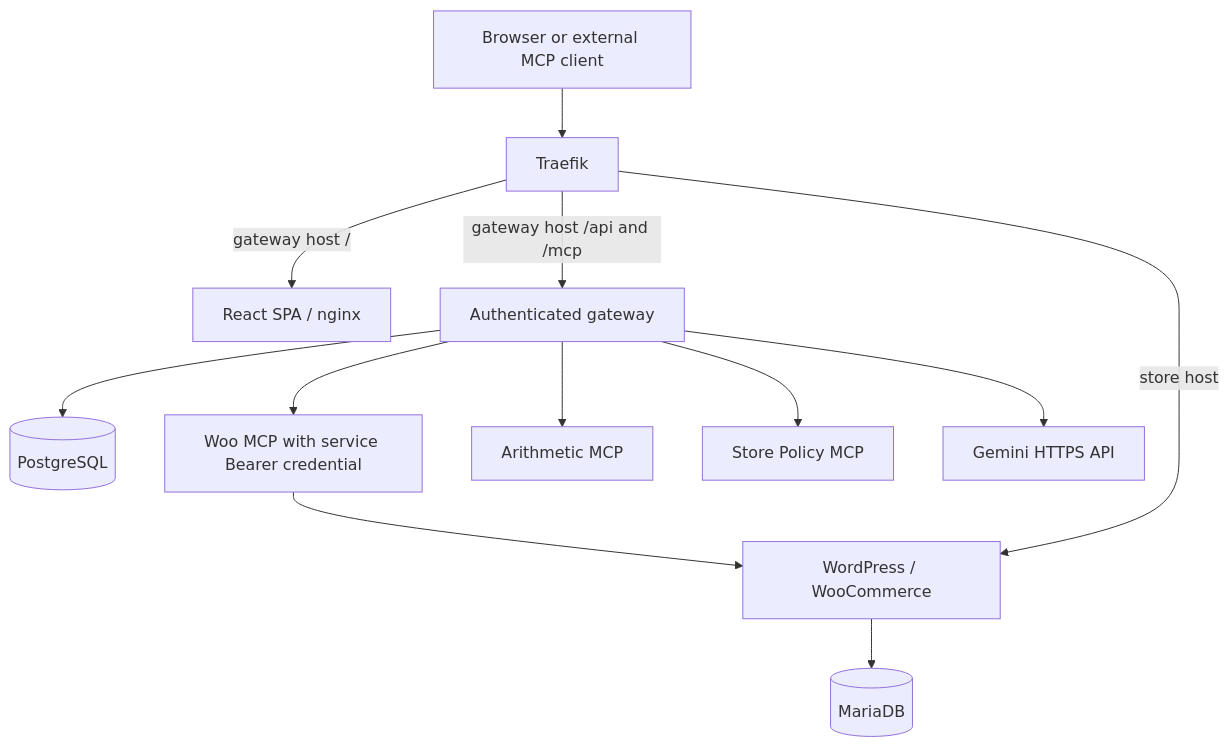
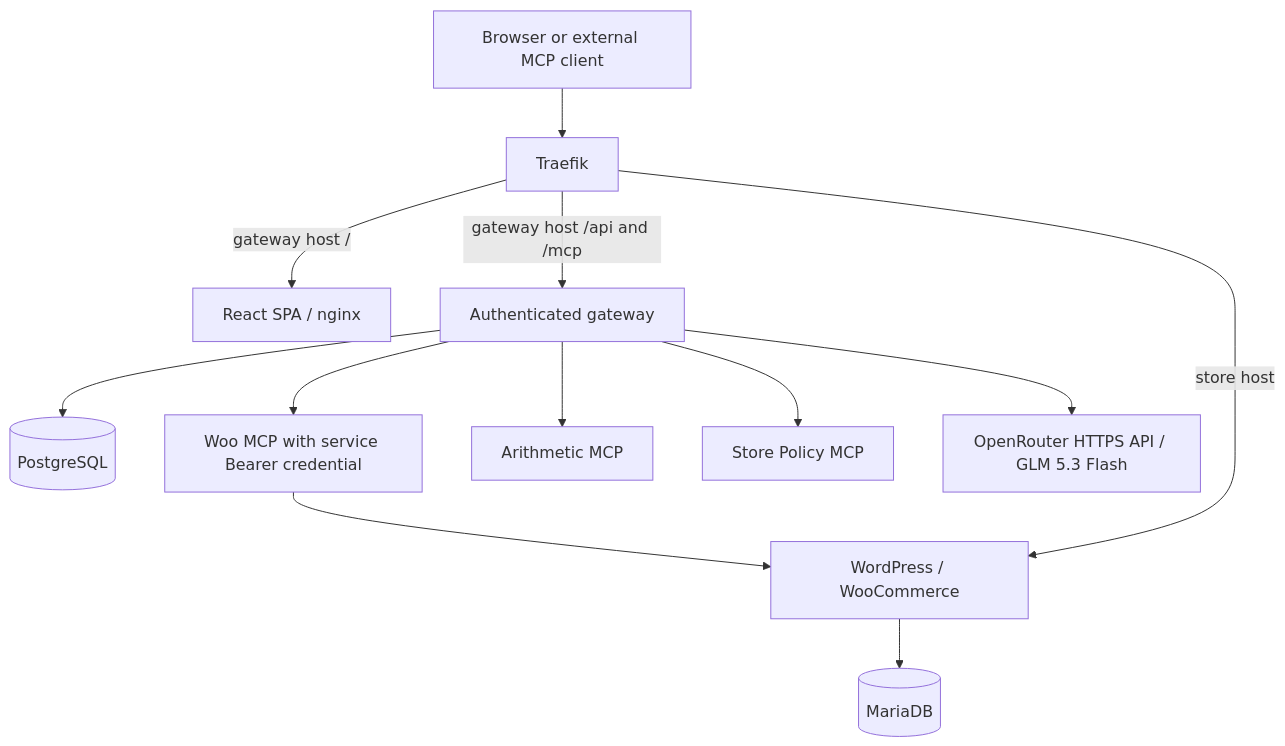
One commit to DarshanKumarA/urumi-mcp-gateway changed the diagram in README.md. Above: the diagram before and after it, drawn with Mermaid. The commit also changed other lines of this file and 1 other file, not shown here.

Commit message:
docs: document OpenRouter setup and local replication

````diff
--- a/README.md
+++ b/README.md
@@ -42,14 +42,14 @@
 ```mermaid
 flowchart TD
     Client[Browser or external MCP client] --> Ingress[Traefik]
     Ingress -->|gateway host /| Dashboard[React SPA / nginx]
     Ingress -->|gateway host /api and /mcp| Gateway[Authenticated gateway]
     Ingress -->|store host| WordPress[WordPress / WooCommerce]
     Gateway --> PostgreSQL[(PostgreSQL)]
     Gateway --> Woo[Woo MCP with service Bearer credential]
     Gateway --> Arithmetic[Arithmetic MCP]
     Gateway --> Policy[Store Policy MCP]
-    Gateway --> Gemini[Gemini HTTPS API]
+    Gateway --> LLM[OpenRouter HTTPS API / GLM 5.3 Flash]
     Woo --> WordPress
     WordPress --> MariaDB[(MariaDB)]
 ```
````
